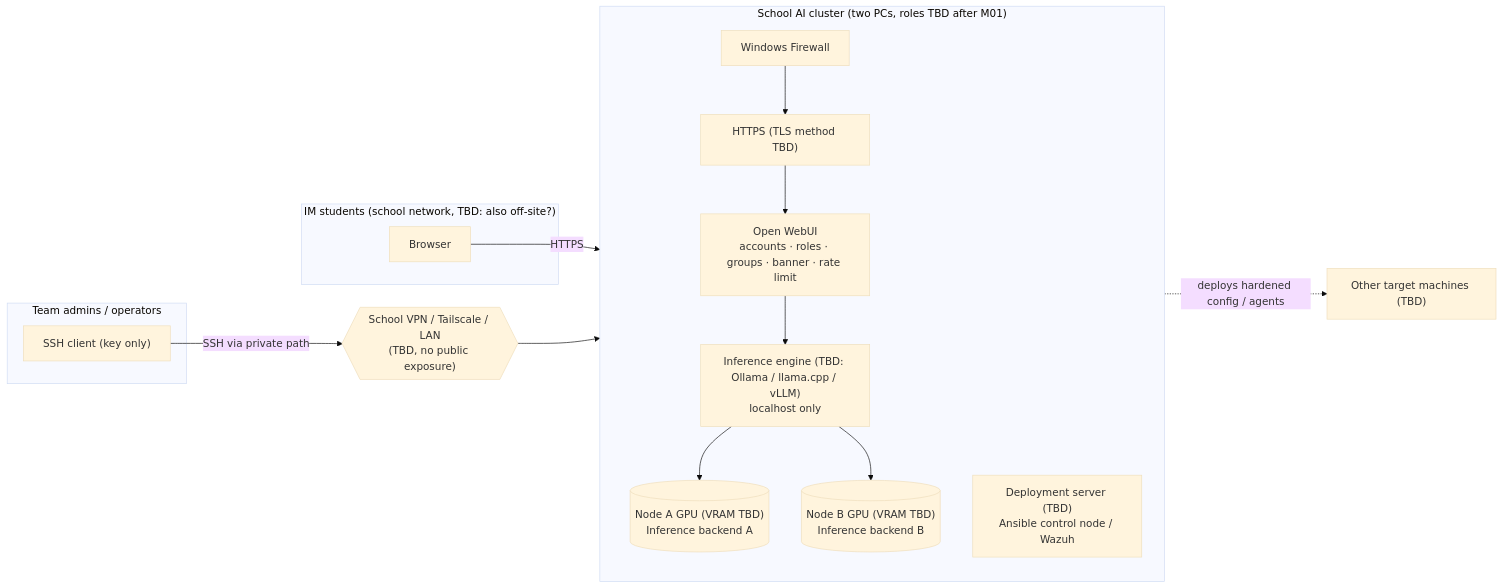
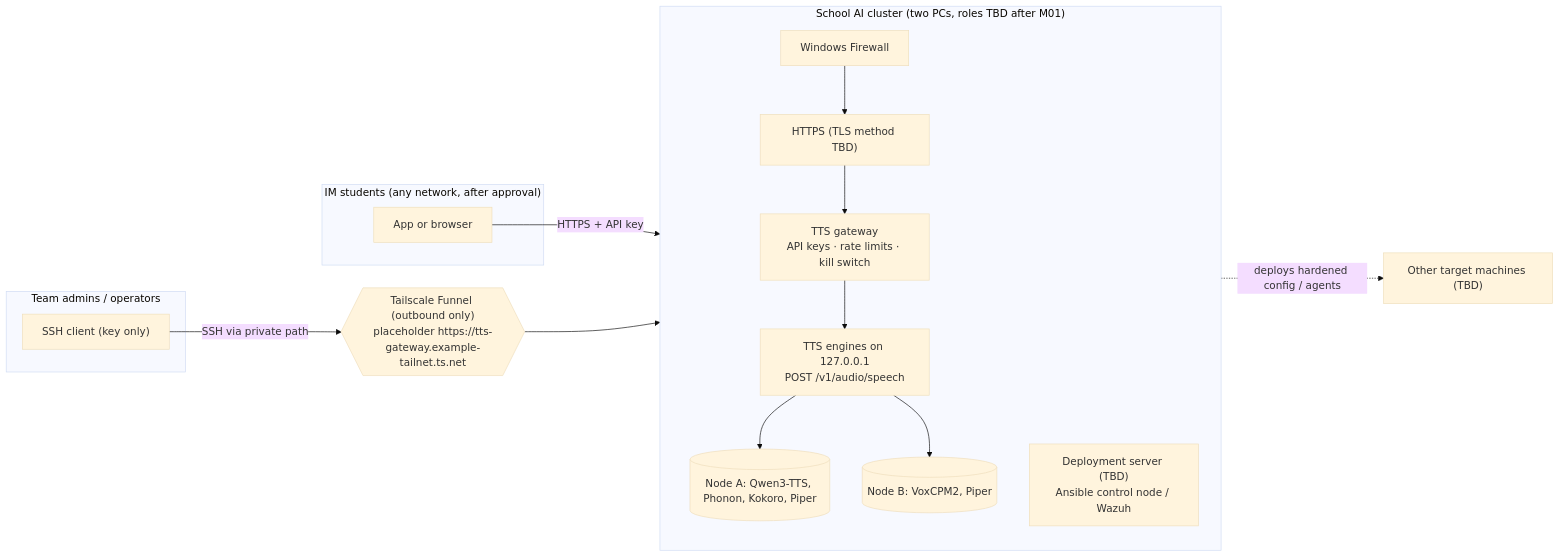
Before and after one commit to ganya002/school-ai-server: the diagram in README.md, drawn with Mermaid (base theme). The commit also changed other lines of this file and 14 other files, not shown here.

First line of the commit message:
Plan the TTS service on Windows 11 with Tailscale Funnel access

````diff
--- a/README.md
+++ b/README.md
@@ -50,29 +50,29 @@
 ```mermaid
 flowchart LR
-    subgraph Students["IM students (school network, TBD: also off-site?)"]
-        B["Browser"]
+    subgraph Students["IM students (any network, after approval)"]
+        B["App or browser"]
     end
     subgraph Admins["Team admins / operators"]
         A["SSH client (key only)"]
     end
 
     subgraph Server["School AI cluster (two PCs, roles TBD after M01)"]
         direction TB
         FW["Windows Firewall"]
         PROXY["HTTPS (TLS method TBD)"]
-        UI["Open WebUI<br/>accounts · roles · groups · banner · rate limit"]
-        ENG["Inference engine (TBD: Ollama / llama.cpp / vLLM)<br/>localhost only"]
-        GPUA[("Node A GPU (VRAM TBD)<br/>Inference backend A")]
-        GPUB[("Node B GPU (VRAM TBD)<br/>Inference backend B")]
+        UI["TTS gateway<br/>API keys · rate limits · kill switch"]
+        ENG["TTS engines on 127.0.0.1<br/>POST /v1/audio/speech"]
+        GPUA[("Node A: Qwen3-TTS, Phonon, Kokoro, Piper")]
+        GPUB[("Node B: VoxCPM2, Piper")]
         ANS["Deployment server (TBD)<br/>Ansible control node / Wazuh"]
         FW --> PROXY --> UI --> ENG
         ENG --> GPUA
         ENG --> GPUB
     end
 
-    VPN{{"School VPN / Tailscale / LAN<br/>(TBD, no public exposure)"}}
+    VPN{{"Tailscale Funnel (outbound only)<br/>placeholder https://tts-gateway.example-tailnet.ts.net"}}
 
-    B -- "HTTPS" --> FW
+    B -- "HTTPS + API key" --> FW
     A -- "SSH via private path" --> VPN --> FW
     ANS -. "deploys hardened config / agents" .-> T["Other target machines (TBD)"]
 ```
````
